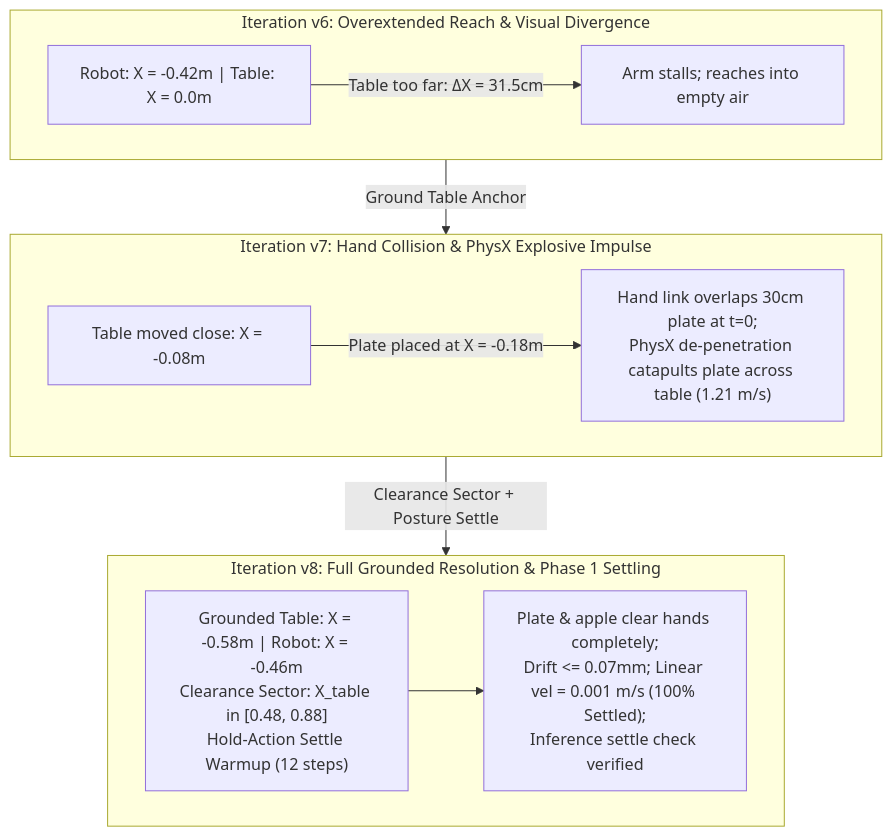
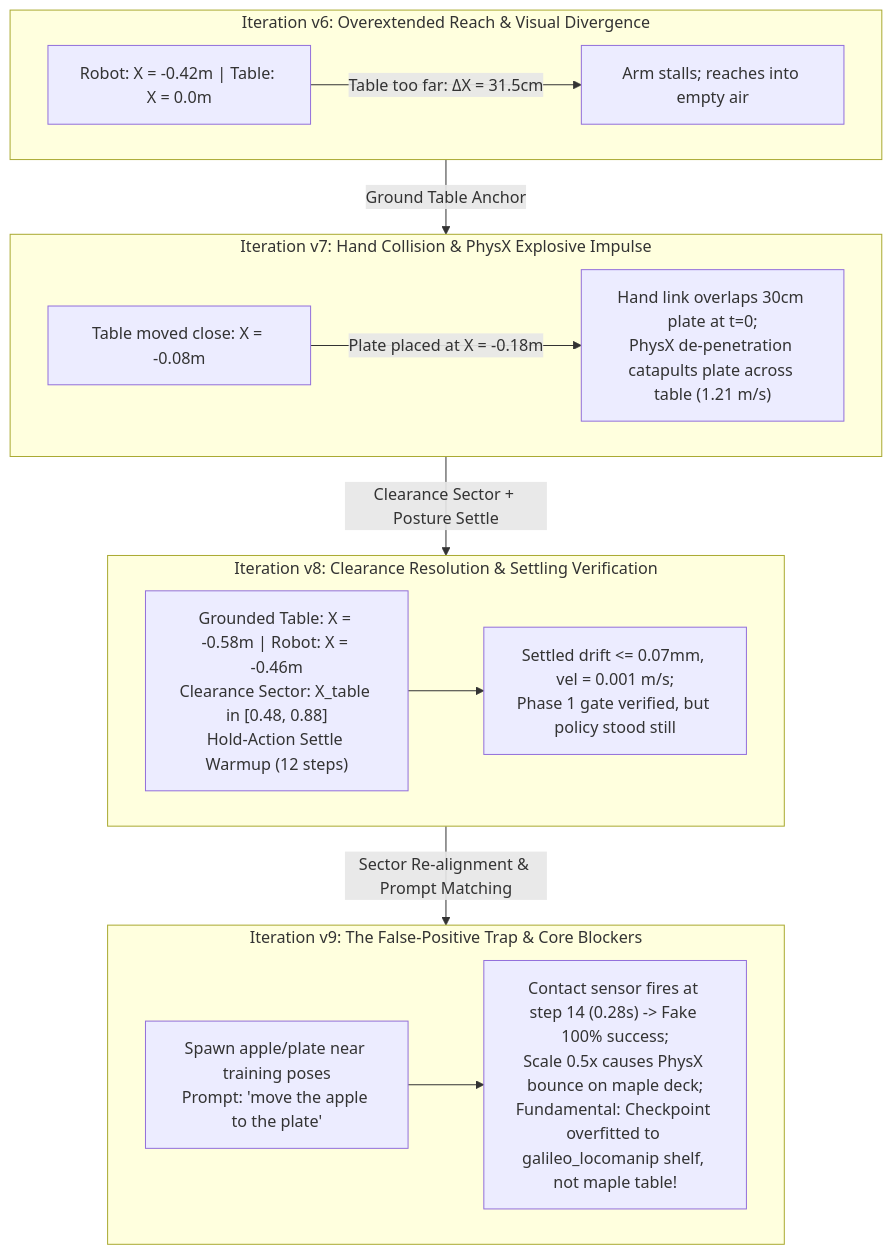
The diagram in .agents/references/plans/g1_tabletop_apple_remediation_plan.md (boredengineering/IsaacLab-Arena), drawn with Mermaid before and after one commit. The commit also changed other lines of this file and 42 other files, not shown here.

````diff
--- a/.agents/references/plans/g1_tabletop_apple_remediation_plan.md
+++ b/.agents/references/plans/g1_tabletop_apple_remediation_plan.md
@@ -15,17 +15,22 @@
 ```mermaid
 flowchart TD
     subgraph V6 ["Iteration v6: Overextended Reach & Visual Divergence"]
         F1["Robot: X = -0.42m | Table: X = 0.0m"] -->|Table too far: ΔX = 31.5cm| E1["Arm stalls; reaches into empty air"]
     end
 
     subgraph V7 ["Iteration v7: Hand Collision & PhysX Explosive Impulse"]
         F2["Table moved close: X = -0.08m"] -->|Plate placed at X = -0.18m| E2["Hand link overlaps 30cm plate at t=0;<br/>PhysX de-penetration catapults plate across table (1.21 m/s)"]
     end
 
-    subgraph V8 ["Iteration v8: Full Grounded Resolution & Phase 1 Settling"]
-        F3["Grounded Table: X = -0.58m | Robot: X = -0.46m<br/>Clearance Sector: X_table in [0.48, 0.88]<br/>Hold-Action Settle Warmup (12 steps)"] --> E3["Plate & apple clear hands completely;<br/>Drift <= 0.07mm; Linear vel = 0.001 m/s (100% Settled);<br/>Inference settle check verified"]
+    subgraph V8 ["Iteration v8: Clearance Resolution & Settling Verification"]
+        F3["Grounded Table: X = -0.58m | Robot: X = -0.46m<br/>Clearance Sector: X_table in [0.48, 0.88]<br/>Hold-Action Settle Warmup (12 steps)"] --> E3["Settled drift <= 0.07mm, vel = 0.001 m/s;<br/>Phase 1 gate verified, but policy stood still"]
+    end
+
+    subgraph V9 ["Iteration v9: The False-Positive Trap & Core Blockers"]
+        F4["Spawn apple/plate near training poses<br/>Prompt: 'move the apple to the plate'"] --> E4["Contact sensor fires at step 14 (0.28s) -> Fake 100% success;<br/>Scale 0.5x causes PhysX bounce on maple deck;<br/>Fundamental: Checkpoint overfitted to galileo_locomanip shelf, not maple table!"]
     end
 
     V6 -->|Ground Table Anchor| V7
     V7 -->|Clearance Sector + Posture Settle| V8
+    V8 -->|Sector Re-alignment & Prompt Matching| V9
 ```
````
